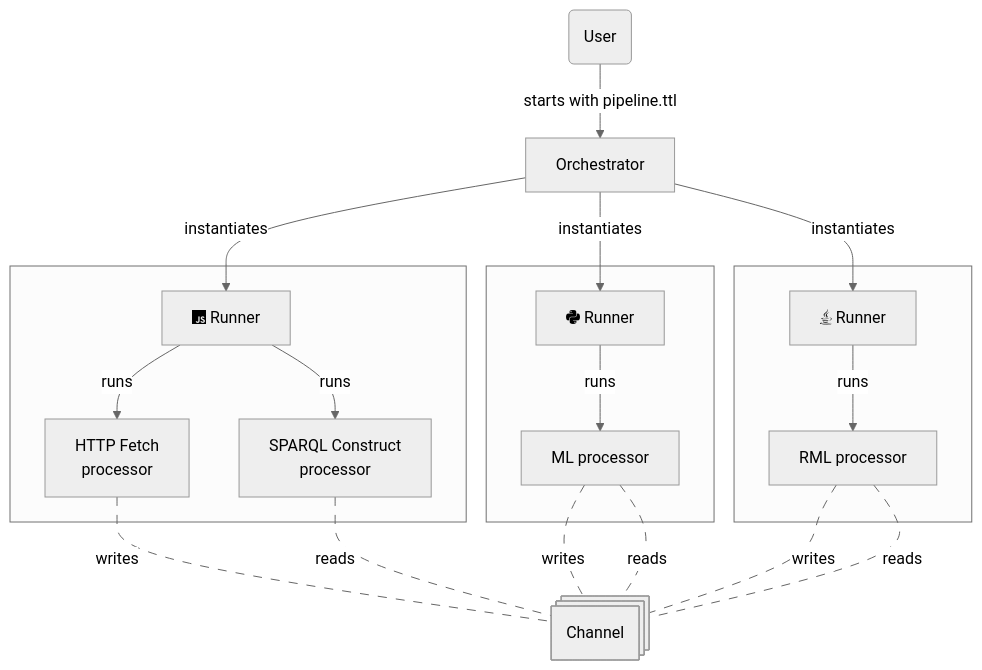
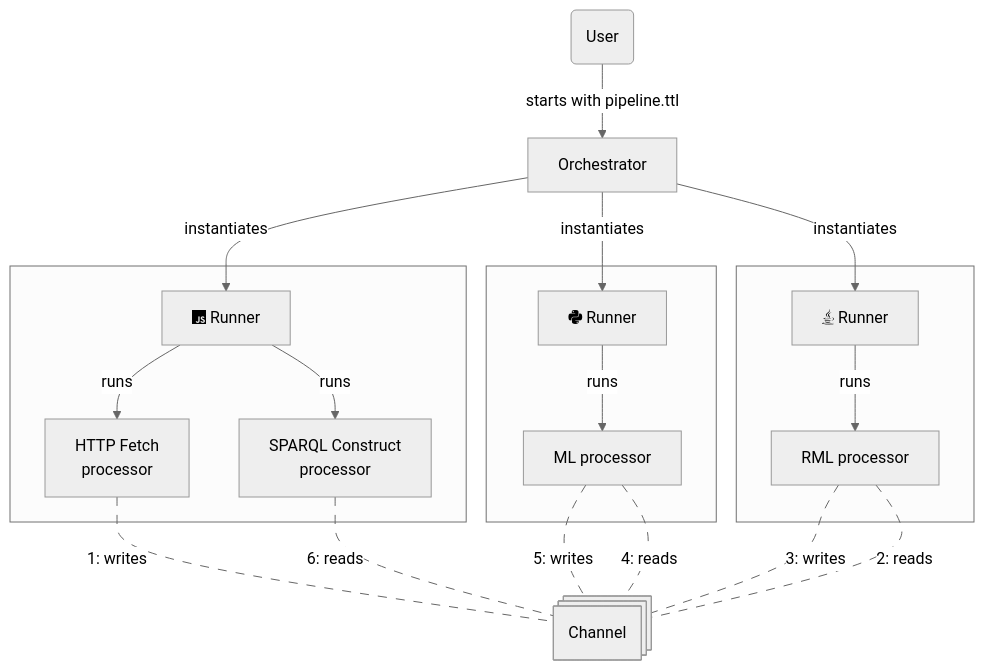
Before and after one commit to rdf-connect/rdf-connect.github.io: the diagram in architecture.md, drawn with Mermaid (neutral theme).

Commit message:
chore: Add numbering to data flows between processors

````diff
--- a/architecture.md
+++ b/architecture.md
@@ -7,29 +7,29 @@
 ```mermaid
 flowchart TD
     U(User) -->|starts with pipeline.ttl| O[Orchestrator]
     O -->|instantiates| JS[fab:fa-js Runner]
     O -->|instantiates| PY[fab:fa-python Runner]
     O -->|instantiates| JVM[fab:fa-java Runner]
     subgraph  
     JS -->|runs| P1[HTTP Fetch<br>processor]
     JS -->|runs| P2[SPARQL Construct<br>processor]
     end
     subgraph  
     PY -->|runs| P3[ML processor]
     end
     subgraph  
     JVM -->|runs| P4[RML processor]
     end
     direction LR
     
-    P1 w1@-.-|writes| A@{ shape: processes, label: "Channel" }
-    P3 w3@-.-|writes| A
-    P4 w4@-.-|writes| A
-    P2 r2@-.-|reads| A
-    P3 r3@-.-|reads| A
-    P4 r4@-.-|reads| A
+      P1 w1@-.-|1: writes| A@{ shape: processes, label: "Channel" }
+      P3 w3@-.-|5: writes| A
+      P4 w4@-.-|3: writes| A
+      P2 r2@-.-|6: reads| A
+      P3 r3@-.-|4: reads| A
+      P4 r4@-.-|2: reads| A
     classDef animateRead stroke-dasharray: 9,5,stroke-dashoffset: 900,animation: dash 25s linear infinite reverse;
     class r2,r3,r4 animateRead
     classDef animateWrite stroke-dasharray: 9,5,stroke-dashoffset: 900,animation: dash 25s linear infinite;
     class w1,w3,w4 animateWrite
 ```
````
